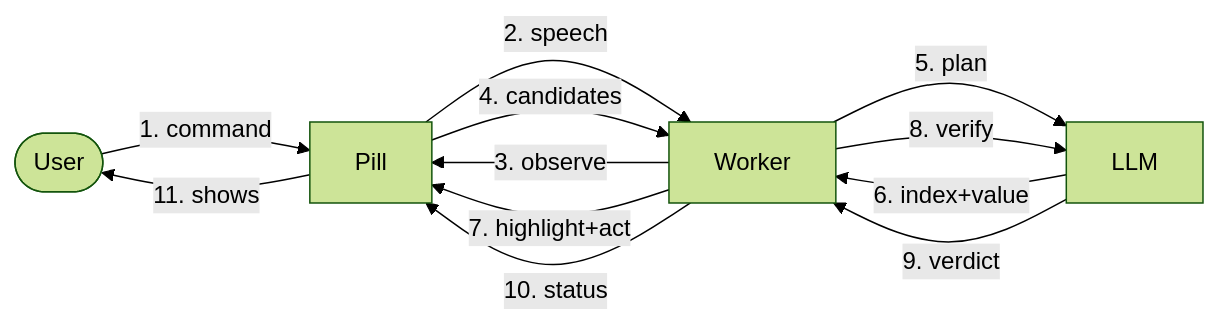
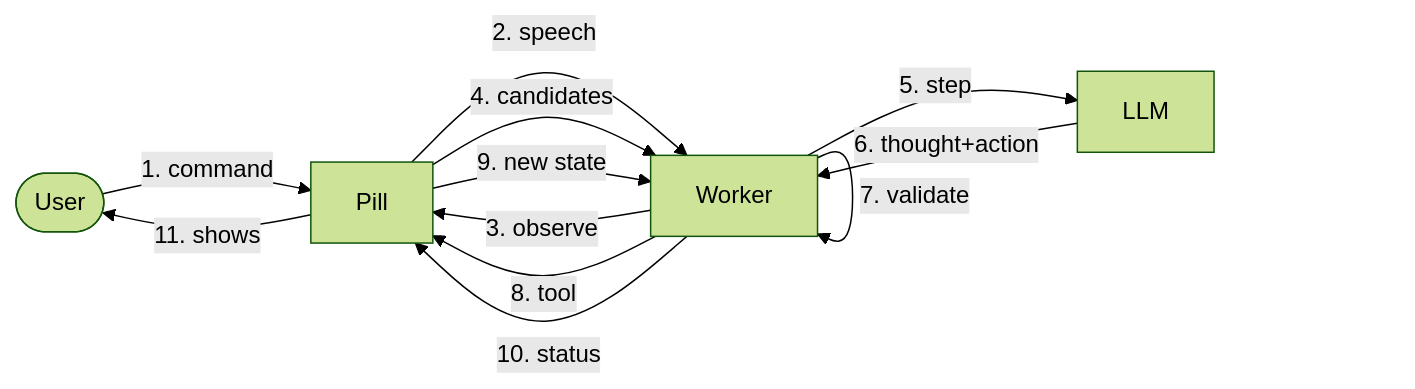
Before and after one commit to kushgbisen/HandsFree: the third of 3 diagrams in SRS.md, drawn with Mermaid (forest theme). The commit also changed other lines of this file and 1 other file, not shown here.

````diff
--- a/SRS.md
+++ b/SRS.md
@@ -149,14 +159,14 @@
 ```mermaid
 flowchart LR
     U([User]) -- 1. command --> P[Pill]
     P -- 2. speech --> W[Worker]
     W -- 3. observe --> P
     P -- 4. candidates --> W
-    W -- 5. plan --> L[LLM]
-    L -- 6. index+value --> W
-    W -- 7. highlight+act --> P
-    W -- 8. verify --> L
-    L -- 9. verdict --> W
+    W -- 5. step --> L[LLM]
+    L -- 6. thought+action --> W
+    W -- 7. validate --> W
+    W -- 8. tool --> P
+    P -- 9. new state --> W
     W -- 10. status --> P
     P -- 11. shows --> U
 ```
````
